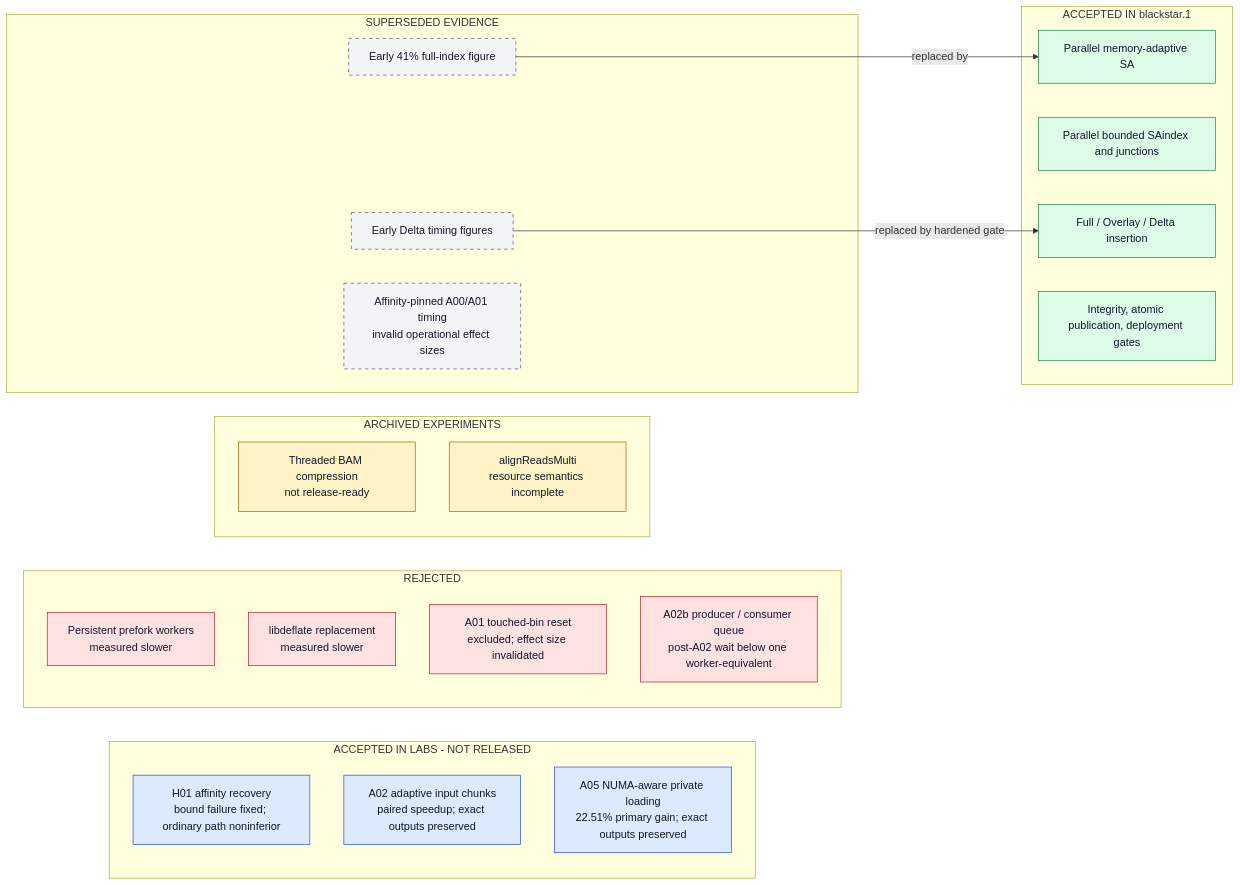
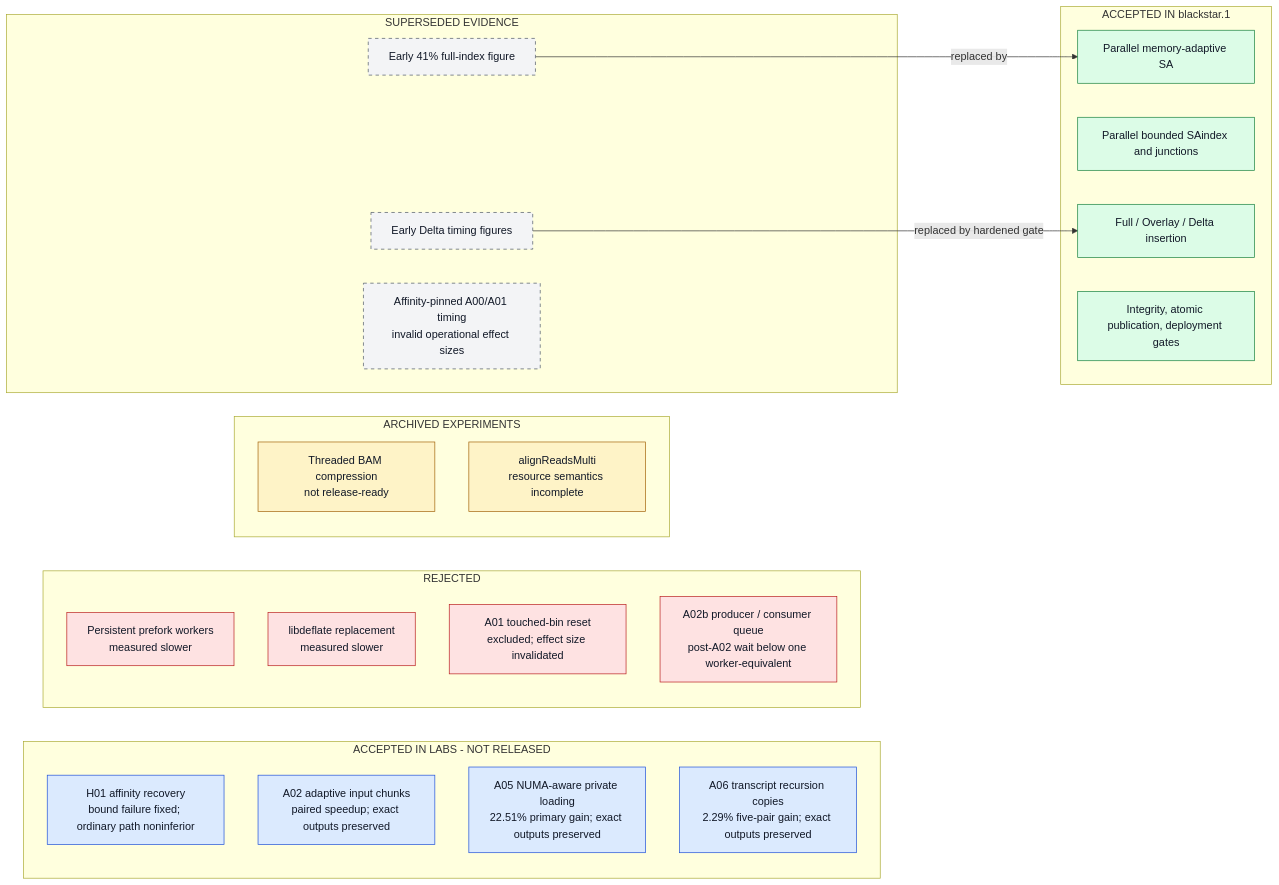
The diagram in docs/architecture/diagrams/src/F13-history.mmd (justinblethrow-cloud/STAR), drawn with Mermaid before and after one commit. The commit also changed 16 other files, not shown here.

Commit message:
docs: qualify A06 transcript recursion

```diff
--- a/docs/architecture/diagrams/src/F13-history.mmd
+++ b/docs/architecture/diagrams/src/F13-history.mmd
@@ -1,45 +1,46 @@
 flowchart LR
     subgraph ACCEPTED["ACCEPTED IN blackstar.1"]
         A1["Parallel memory-adaptive SA"]
         A2["Parallel bounded SAindex and junctions"]
         A3["Full / Overlay / Delta insertion"]
         A4["Integrity, atomic publication, deployment gates"]
     end
 
     subgraph LABS["ACCEPTED IN LABS - NOT RELEASED"]
         L1["H01 affinity recovery<br/>bound failure fixed; ordinary path noninferior"]
         L2["A02 adaptive input chunks<br/>paired speedup; exact outputs preserved"]
         L3["A05 NUMA-aware private loading<br/>22.51% primary gain; exact outputs preserved"]
+        L4["A06 transcript recursion copies<br/>2.29% five-pair gain; exact outputs preserved"]
     end
 
     subgraph REJECTED["REJECTED"]
         R1["Persistent prefork workers<br/>measured slower"]
         R2["libdeflate replacement<br/>measured slower"]
         R3["A01 touched-bin reset<br/>excluded; effect size invalidated"]
         R4["A02b producer / consumer queue<br/>post-A02 wait below one worker-equivalent"]
     end
 
     subgraph ARCHIVED["ARCHIVED EXPERIMENTS"]
         X1["Threaded BAM compression<br/>not release-ready"]
         X2["alignReadsMulti<br/>resource semantics incomplete"]
     end
 
     subgraph SUPERSEDED["SUPERSEDED EVIDENCE"]
         S1["Early 41% full-index figure"]
         S2["Early Delta timing figures"]
         S3["Affinity-pinned A00/A01 timing<br/>invalid operational effect sizes"]
     end
 
     S1 -->|replaced by| A1
     S2 -->|replaced by hardened gate| A3
 
     classDef accepted fill:#dcfce7,stroke:#15803d,color:#111827;
     classDef labs fill:#dbeafe,stroke:#1d4ed8,color:#111827;
     classDef rejected fill:#fee2e2,stroke:#b91c1c,color:#111827;
     classDef archived fill:#fef3c7,stroke:#a16207,color:#111827;
     classDef superseded fill:#f3f4f6,stroke:#4b5563,color:#111827,stroke-dasharray: 5 5;
     class A1,A2,A3,A4 accepted;
-    class L1,L2,L3 labs;
+    class L1,L2,L3,L4 labs;
     class R1,R2,R3,R4 rejected;
     class X1,X2 archived;
     class S1,S2,S3 superseded;
```
